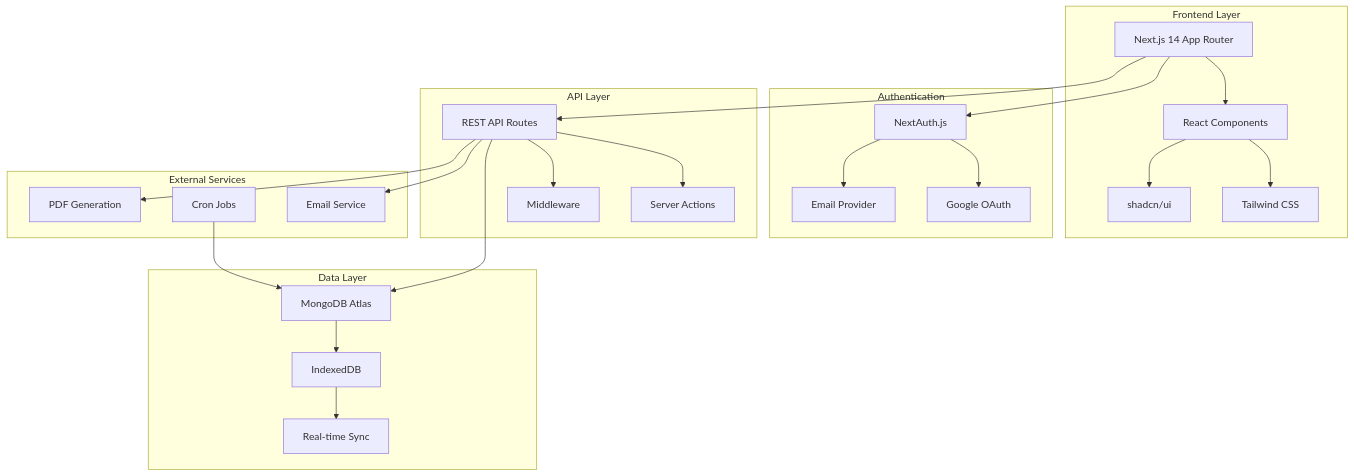
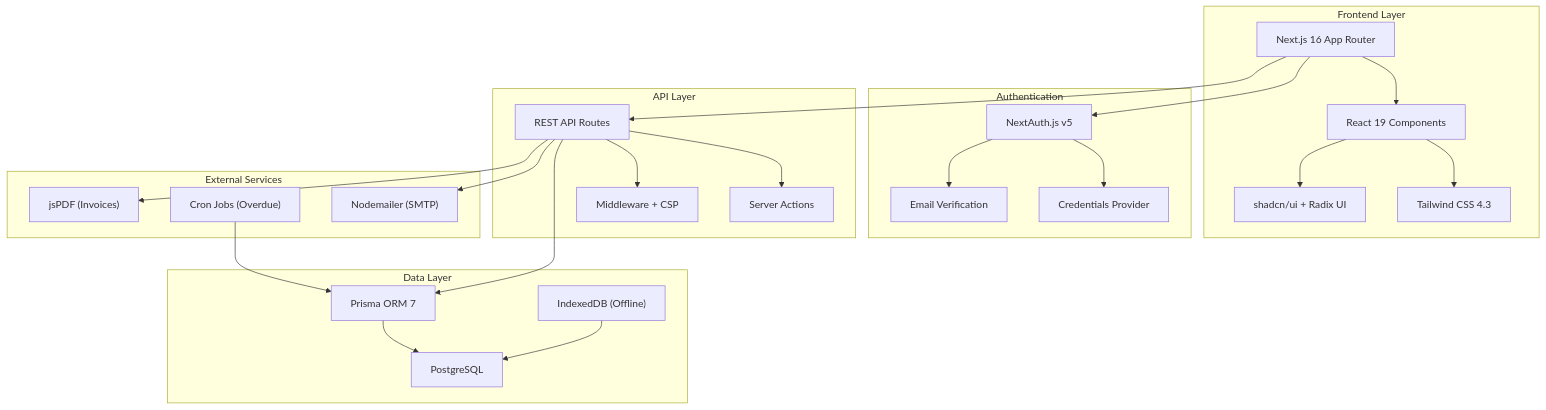
Before and after one commit to vishalmaurya850/Product-Ledger: the diagram in README.md, drawn with Mermaid. The commit also changed other lines of this file and 83 other files, not shown here.

````diff
--- a/README.md
+++ b/README.md
@@ -42,49 +44,49 @@
-```mermaid title="System Architecture Overview" type="diagram"
+```mermaid
 graph TB
     subgraph "Frontend Layer"
-        A["Next.js 14 App Router"]
-        B["React Components"]
-        C["Tailwind CSS"]
-        D["shadcn/ui"]
+        A["Next.js 16 App Router"]
+        B["React 19 Components"]
+        C["Tailwind CSS 4.3"]
+        D["shadcn/ui + Radix UI"]
     end
-    
+
     subgraph "Authentication"
-        E["NextAuth.js"]
-        F["Google OAuth"]
-        G["Email Provider"]
+        E["NextAuth.js v5"]
+        F["Credentials Provider"]
+        G["Email Verification"]
     end
-    
+
     subgraph "API Layer"
         H["REST API Routes"]
         I["Server Actions"]
-        J["Middleware"]
+        J["Middleware + CSP"]
     end
-    
+
     subgraph "Data Layer"
-        K["MongoDB Atlas"]
-        L["IndexedDB"]
-        M["Real-time Sync"]
+        K["PostgreSQL"]
+        L["Prisma ORM 7"]
+        M["IndexedDB (Offline)"]
     end
-    
+
     subgraph "External Services"
-        N["Email Service"]
-        O["Cron Jobs"]
-        P["PDF Generation"]
+        N["Nodemailer (SMTP)"]
+        O["Cron Jobs (Overdue)"]
+        P["jsPDF (Invoices)"]
     end
-    
+
     A --> B
     B --> C
     B --> D
     A --> E
     E --> F
     E --> G
     A --> H
     H --> I
     H --> J
-    H --> K
-    K --> L
-    L --> M
+    H --> L
+    L --> K
+    M --> K
     H --> N
-    O --> K
+    O --> L
     H --> P
 ```
````
